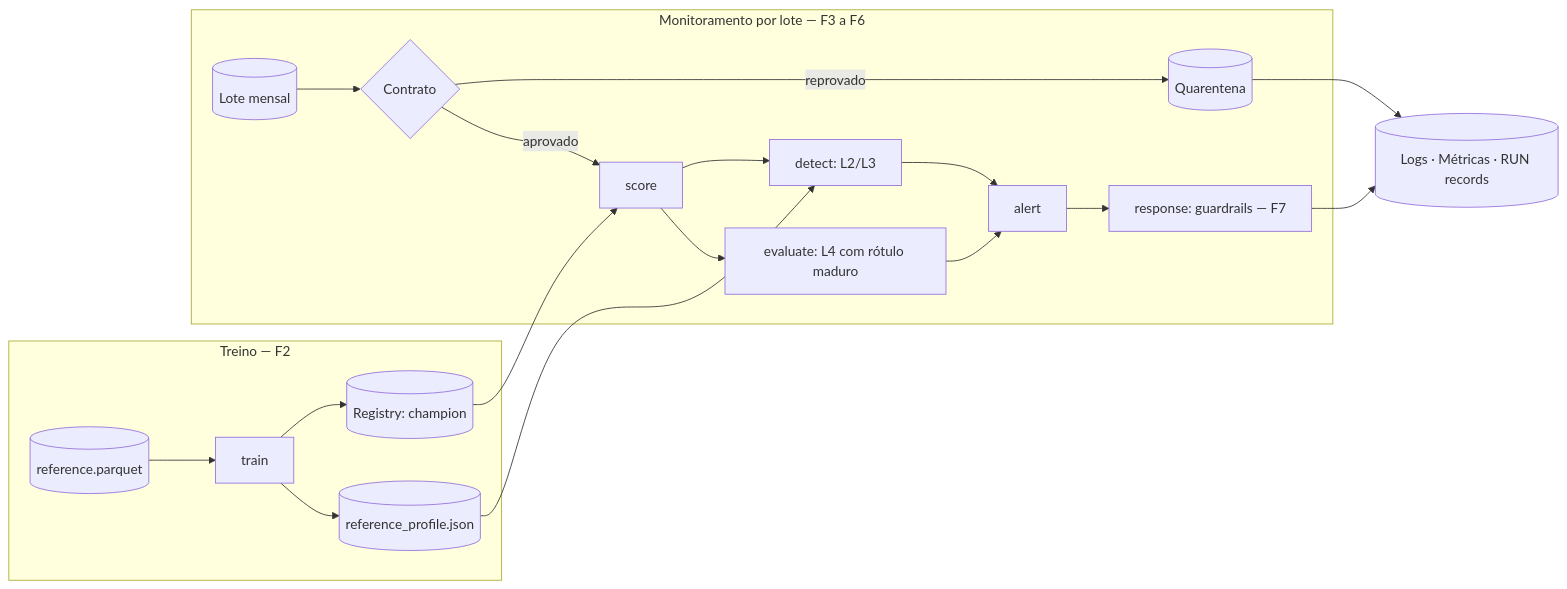
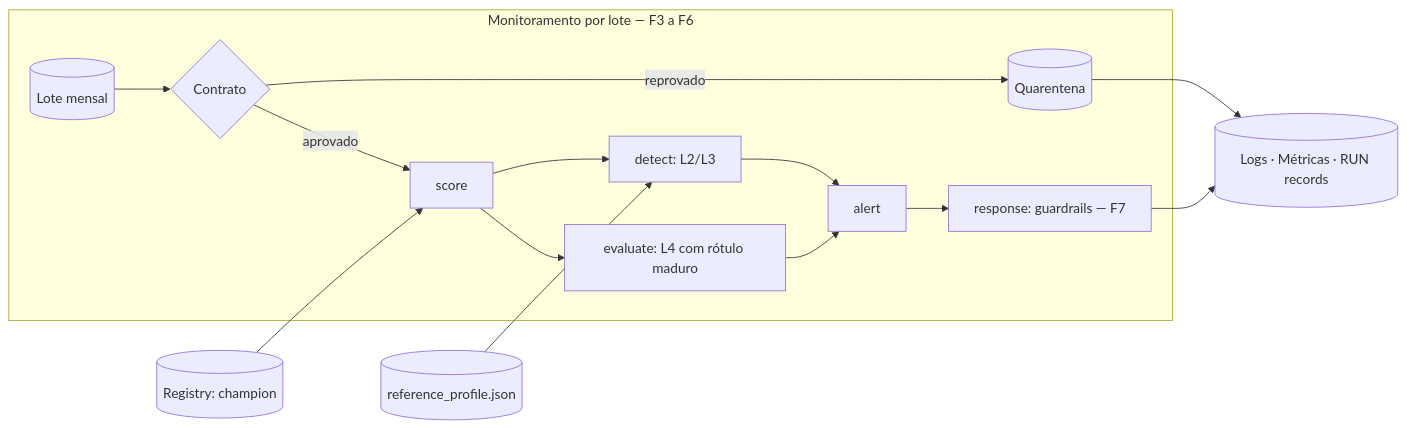
The third of 3 diagrams in docs/ARCHITECTURE.md (NycolasGarcia/Credit-Scoring-Drift-Monitoring), drawn with Mermaid before and after one commit. The commit also changed other lines of this file and 1 other file, not shown here.

Commit message:
docs: descreve o fluxo de treino na arquitetura e os comandos no README

````diff
--- a/docs/ARCHITECTURE.md
+++ b/docs/ARCHITECTURE.md
@@ -37,21 +58,17 @@
 ```mermaid
 flowchart LR
-    subgraph Treino [Treino — F2]
-        R[(reference.parquet)] --> T[train] --> M[(Registry: champion)]
-        T --> P[(reference_profile.json)]
-    end
     subgraph Monitoramento [Monitoramento por lote — F3 a F6]
         B[(Lote mensal)] --> V{Contrato}
         V -- reprovado --> Q[(Quarentena)]
         V -- aprovado --> S[score]
         S --> D[detect: L2/L3]
         S --> E[evaluate: L4 com rótulo maduro]
         D --> A[alert]
         E --> A
         A --> G[response: guardrails — F7]
     end
-    M --> S
-    P --> D
+    M[(Registry: champion)] --> S
+    P[(reference_profile.json)] --> D
     G --> O[(Logs · Métricas · RUN records)]
     Q --> O
 ```
````
